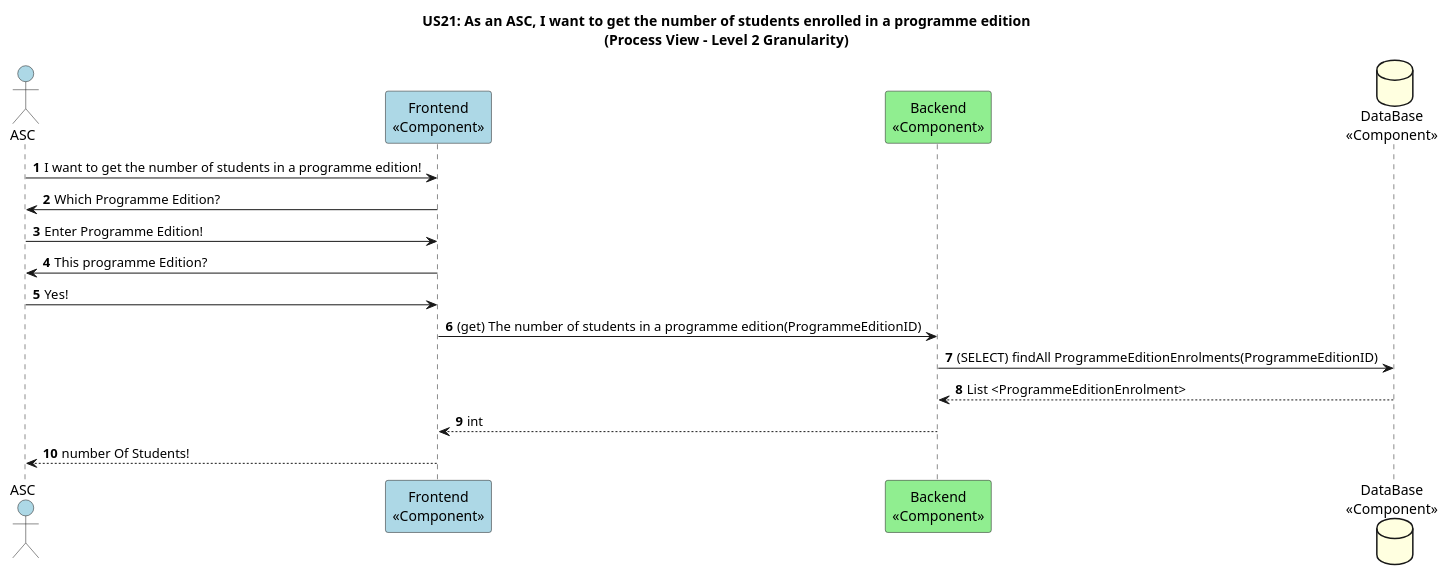
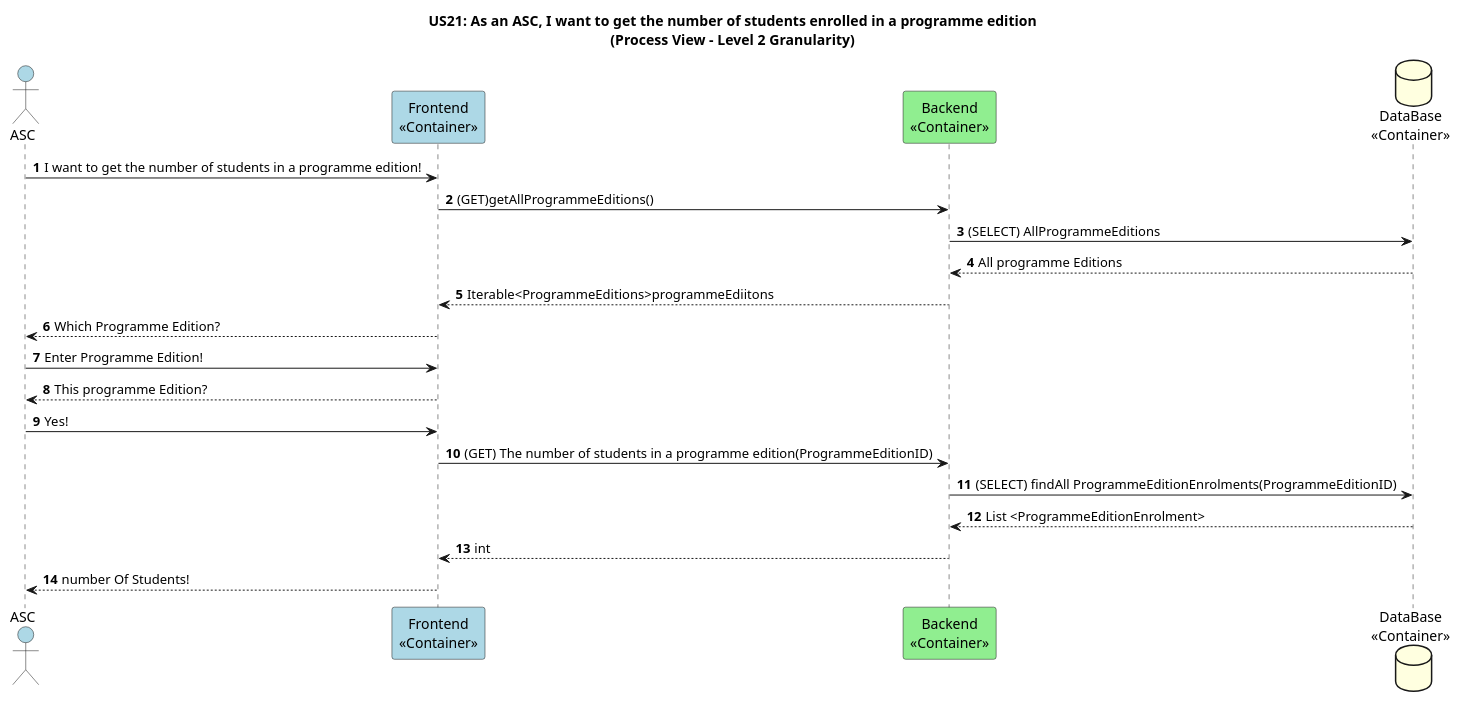
Before and after one commit to GasparISEP/DevOps-PAI: the diagram in docs/US21/Sprint6/ProcessView/Level2Granularity.puml, drawn with PlantUML. The commit also changed 15 other files, not shown here.

Commit message:
change Get number of students enrolled in a programmeEdition diagrams  ref (#534, #542, #539)

```diff
--- a/docs/US21/Sprint6/ProcessView/Level2Granularity.puml
+++ b/docs/US21/Sprint6/ProcessView/Level2Granularity.puml
@@ -1,20 +1,24 @@
 @startuml
 
 title US21: As an ASC, I want to get the number of students enrolled in a programme edition\n(Process View - Level 2 Granularity)
 autonumber
 
 actor ASC #lightblue
-participant Frontend as "Frontend\n<<Component>>" #lightblue
-participant Backend as "Backend\n<<Component>>" #lightgreen
-dataBase  DB as "DataBase\n<<Component>>" #lightyellow
+participant Frontend as "Frontend\n<<Container>>" #lightblue
+participant Backend as "Backend\n<<Container>>" #lightgreen
+dataBase  DB as "DataBase\n<<Container>>" #lightyellow
 ASC -> Frontend: I want to get the number of students in a programme edition!
-Frontend -> ASC: Which Programme Edition?
+Frontend -> Backend: (GET)getAllProgrammeEditions()
+Backend -> DB: (SELECT) AllProgrammeEditions
+DB --> Backend : All programme Editions
+Backend --> Frontend: Iterable<ProgrammeEditions>programmeEdiitons
+Frontend --> ASC: Which Programme Edition?
 ASC -> Frontend: Enter Programme Edition!
-Frontend -> ASC:This programme Edition?
+Frontend --> ASC:This programme Edition?
 ASC -> Frontend:Yes!
-Frontend ->Backend:(get) The number of students in a programme edition(ProgrammeEditionID)
+Frontend ->Backend:(GET) The number of students in a programme edition(ProgrammeEditionID)
 Backend -> DB:(SELECT) findAll ProgrammeEditionEnrolments(ProgrammeEditionID)
 DB-->Backend:List <ProgrammeEditionEnrolment>
 Backend--> Frontend:int
 Frontend-->ASC:number Of Students!
 @enduml
```
